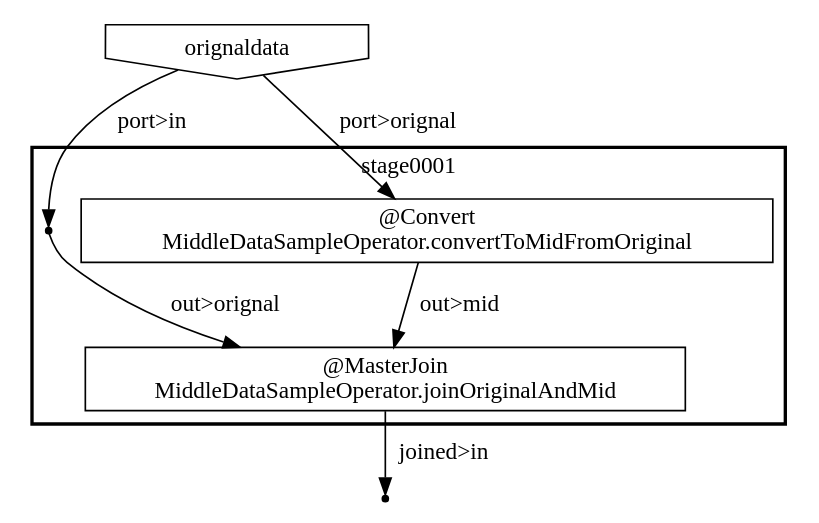
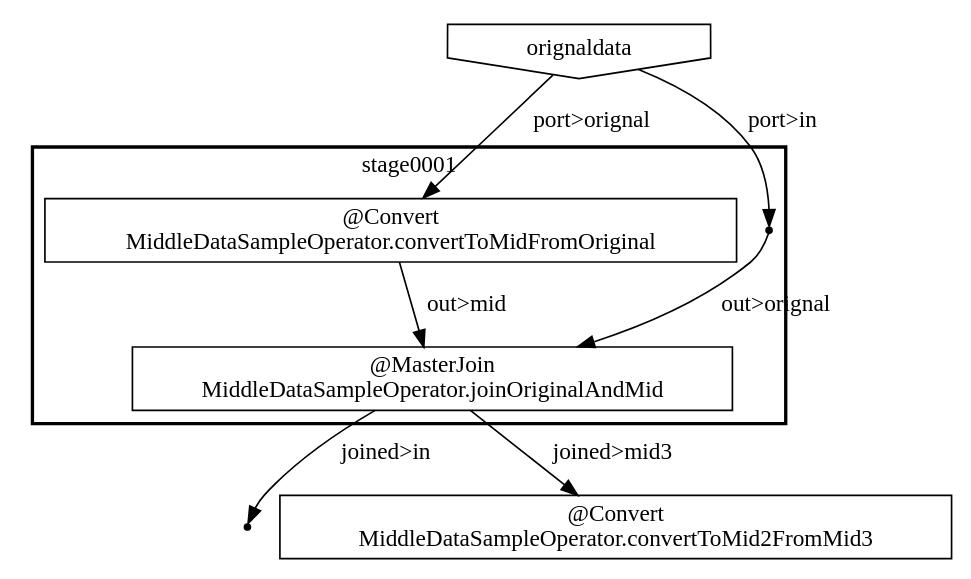
The diagram in target/batchcwork/mdsBatch/TheMiddataSampleJobFlow/build/bin/META-INF/visualize/stageblock-1.dot (ironpeace/AsakusaMiddleDataSample), drawn with Graphviz before and after one commit. The commit also changed 62 other files, not shown here.

```diff
--- a/target/batchcwork/mdsBatch/TheMiddataSampleJobFlow/build/bin/META-INF/visualize/stageblock-1.dot
+++ b/target/batchcwork/mdsBatch/TheMiddataSampleJobFlow/build/bin/META-INF/visualize/stageblock-1.dot
@@ -1,16 +1,18 @@
 digraph {
-    subgraph "cluster_896e204d-808d-4b7c-82d2-b45d399202a9" {
+    "03b00177-18c1-4567-94a6-6e7a05441e00" [shape=point];
+    "0854d0e9-d35d-4e3f-a73d-7b8f6e143515" [shape=invhouse, label="orignaldata"];
+    subgraph "cluster_19386a91-ba82-4fce-bc5e-d02a7be77ec2" {
         label = "stage0001";
         style = bold;
-        "43e74f30-4256-48a4-8b24-8bca9233c8df" [shape=box, label="@MasterJoin\nMiddleDataSampleOperator.joinOriginalAndMid"];
-        "ae99530b-c294-4026-8e1d-30aa94157f5e" [shape=point];
-        "4a566500-fba6-4d2f-a8a6-2e6be70aff68" [shape=box, label="@Convert\nMiddleDataSampleOperator.convertToMidFromOriginal"];
+        "e98fd9a0-c797-4833-8515-c11ed6297913" [shape=box, label="@MasterJoin\nMiddleDataSampleOperator.joinOriginalAndMid"];
+        "58e30883-ba98-47bd-aea6-c57cd9ca8b92" [shape=box, label="@Convert\nMiddleDataSampleOperator.convertToMidFromOriginal"];
+        "0b84b144-32da-433a-bf2c-ec1cb1c7a744" [shape=point];
     }
-    "bdc8859d-cf5f-449d-b767-4e243f5c1fff" [shape=point];
-    "6fc5fa10-603d-44a0-89fc-4c4bf9373542" [shape=invhouse, label="orignaldata"];
-    "ae99530b-c294-4026-8e1d-30aa94157f5e" -> "43e74f30-4256-48a4-8b24-8bca9233c8df" [label="out>orignal"];
-    "4a566500-fba6-4d2f-a8a6-2e6be70aff68" -> "43e74f30-4256-48a4-8b24-8bca9233c8df" [label="out>mid"];
-    "43e74f30-4256-48a4-8b24-8bca9233c8df" -> "bdc8859d-cf5f-449d-b767-4e243f5c1fff" [label="joined>in"];
-    "6fc5fa10-603d-44a0-89fc-4c4bf9373542" -> "ae99530b-c294-4026-8e1d-30aa94157f5e" [label="port>in"];
-    "6fc5fa10-603d-44a0-89fc-4c4bf9373542" -> "4a566500-fba6-4d2f-a8a6-2e6be70aff68" [label="port>orignal"];
+    "88c73708-b71f-4041-9e92-c5ab58f4b79d" [shape=box, label="@Convert\nMiddleDataSampleOperator.convertToMid2FromMid3"];
+    "58e30883-ba98-47bd-aea6-c57cd9ca8b92" -> "e98fd9a0-c797-4833-8515-c11ed6297913" [label="out>mid"];
+    "0b84b144-32da-433a-bf2c-ec1cb1c7a744" -> "e98fd9a0-c797-4833-8515-c11ed6297913" [label="out>orignal"];
+    "e98fd9a0-c797-4833-8515-c11ed6297913" -> "03b00177-18c1-4567-94a6-6e7a05441e00" [label="joined>in"];
+    "e98fd9a0-c797-4833-8515-c11ed6297913" -> "88c73708-b71f-4041-9e92-c5ab58f4b79d" [label="joined>mid3"];
+    "0854d0e9-d35d-4e3f-a73d-7b8f6e143515" -> "58e30883-ba98-47bd-aea6-c57cd9ca8b92" [label="port>orignal"];
+    "0854d0e9-d35d-4e3f-a73d-7b8f6e143515" -> "0b84b144-32da-433a-bf2c-ec1cb1c7a744" [label="port>in"];
 }
```
